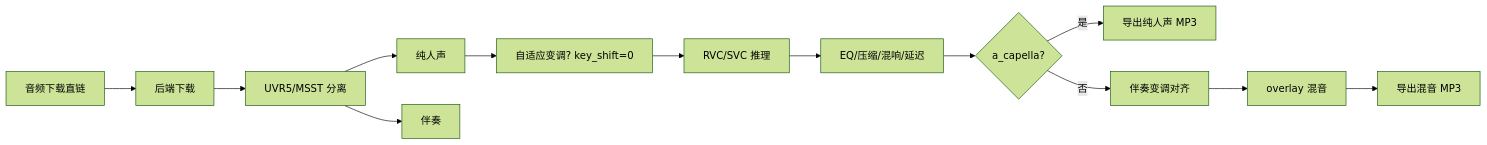
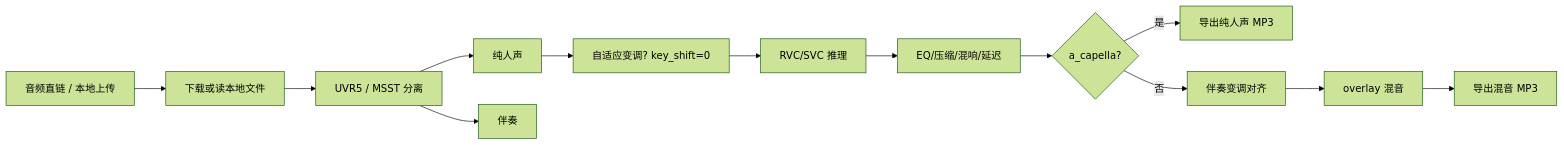
One commit to MercyForU/RVCSVC-API-Pro changed the first of 2 diagrams in README.md. Above: the diagram before and after it, drawn with Mermaid (forest theme). The commit also changed other lines of this file and 5 other files, not shown here.

````diff
--- a/README.md
+++ b/README.md
@@ -322,15 +430,15 @@
 ```mermaid
 graph LR
-  A[音频下载直链] --> B[后端下载]
-  B --> C[UVR5/MSST 分离]
+  A["音频直链 / 本地上传"] --> B[下载或读本地文件]
+  B --> C[UVR5 / MSST 分离]
   C --> D[纯人声]
   C --> E[伴奏]
   D --> F[自适应变调? key_shift=0]
   F --> G[RVC/SVC 推理]
   G --> H[EQ/压缩/混响/延迟]
   H --> I{a_capella?}
   I -- 是 --> J[导出纯人声 MP3]
   I -- 否 --> K[伴奏变调对齐]
   K --> L[overlay 混音]
   L --> M[导出混音 MP3]
 ```
````
